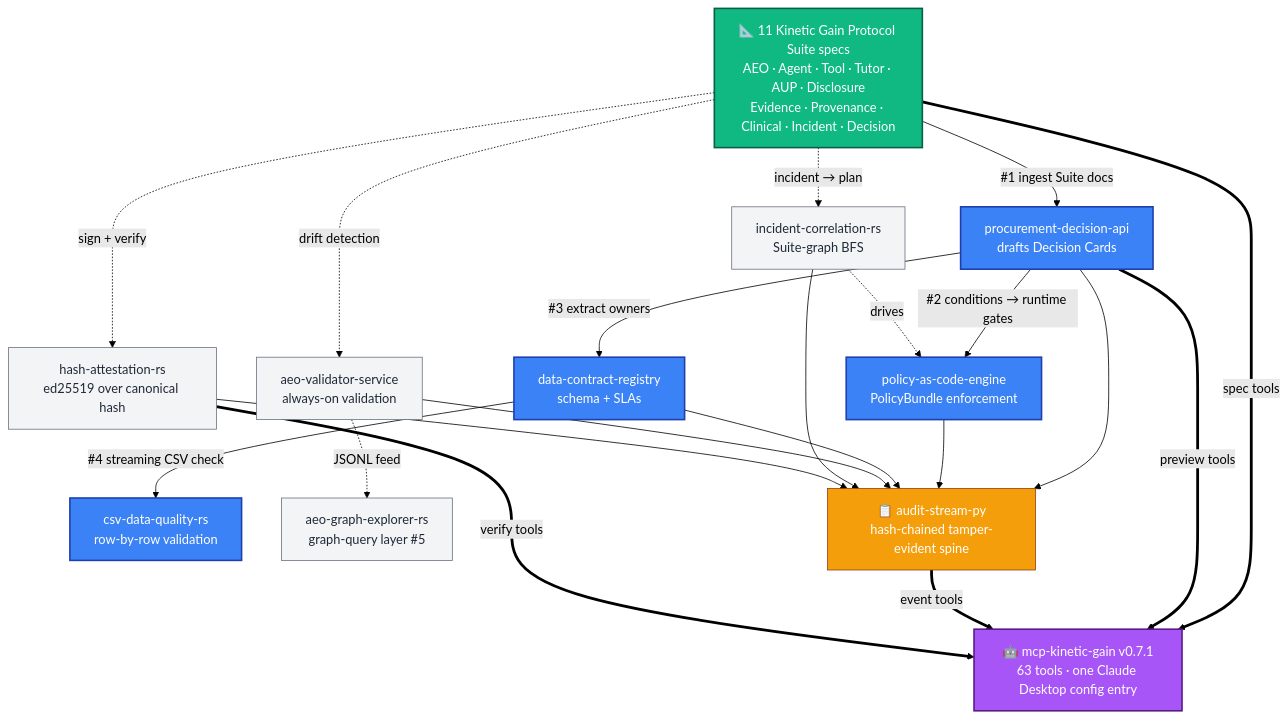
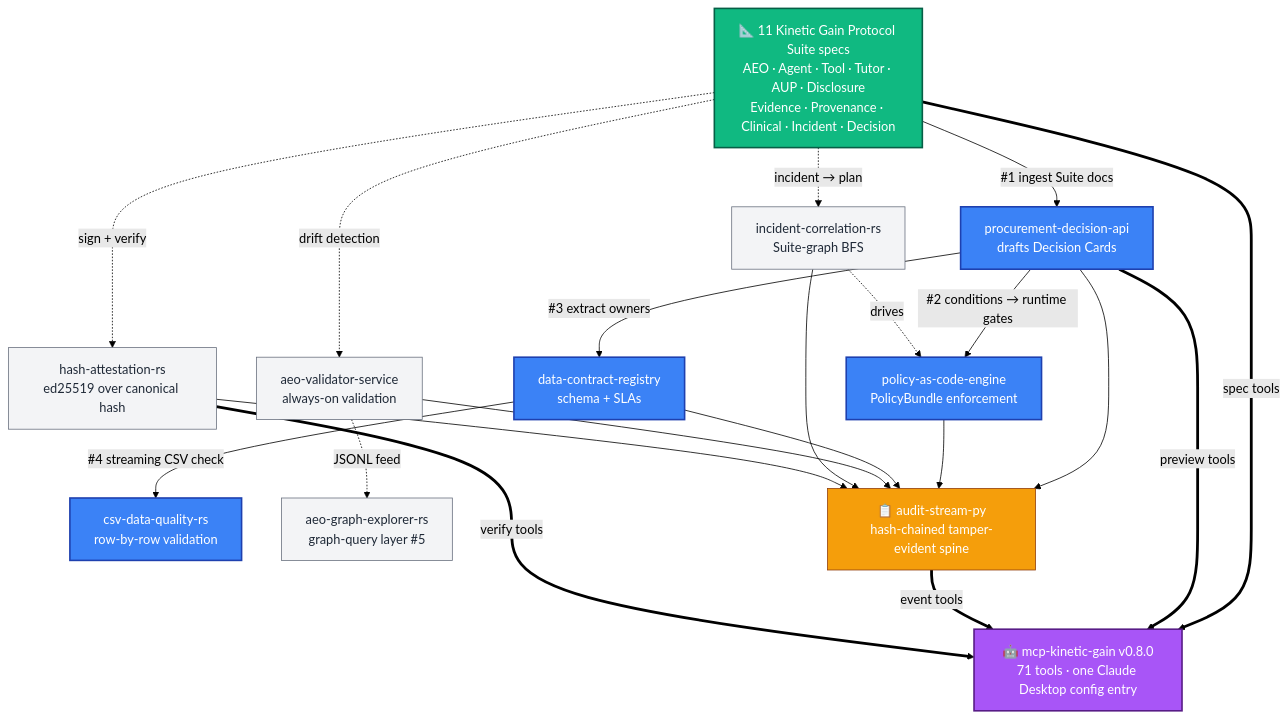
Before and after one commit to mizcausevic-dev/mizcausevic-dev: the first of 2 diagrams in README.md, drawn with Mermaid (forest theme). The commit also changed other lines of this file, not shown here.

Commit message:
docs: refresh MCP block to v0.8.0 / 71 tools (DefenseTech 6-pack)
mcp-kinetic-gain v0.7.1 → v0.8.0 on npm + MCP Registry, 63 → 71 tools.
The v0.8.0 release adds the DefenseTech 6-pack (3-axis vault resolver +
CUI/ITAR/DFARS invariants + CMMC summarizer + Incident Card classifier).
Updated the architecture diagram node label + the repo-table row with
`defensetech_vault_resolve_3axis` as the third headline tool.

````diff
--- a/README.md
+++ b/README.md
@@ -276,35 +276,35 @@
 ```mermaid
 flowchart TB
     classDef spec fill:#10b981,stroke:#065f46,color:#fff,stroke-width:2px
     classDef hook fill:#3b82f6,stroke:#1e40af,color:#fff,stroke-width:2px
     classDef sup fill:#f3f4f6,stroke:#6b7280,color:#1f2937
     classDef stream fill:#f59e0b,stroke:#92400e,color:#fff
     classDef mcp fill:#a855f7,stroke:#581c87,color:#fff,stroke-width:2px
 
     SPECS["📐 11 Kinetic Gain Protocol Suite specs<br/>AEO · Agent · Tool · Tutor · AUP · Disclosure<br/>Evidence · Provenance · Clinical · Incident · Decision"]:::spec
 
     SPECS -->|"#1 ingest Suite docs"| PDA["procurement-decision-api<br/>drafts Decision Cards"]:::hook
     PDA -->|"#2 conditions → runtime gates"| PAC["policy-as-code-engine<br/>PolicyBundle enforcement"]:::hook
     PDA -->|"#3 extract owners"| DCR["data-contract-registry<br/>schema + SLAs"]:::hook
     DCR -->|"#4 streaming CSV check"| CDQ["csv-data-quality-rs<br/>row-by-row validation"]:::hook
 
     SPECS -.->|sign + verify| HA["hash-attestation-rs<br/>ed25519 over canonical hash"]:::sup
     SPECS -.->|drift detection| AVS["aeo-validator-service<br/>always-on validation"]:::sup
     AVS -.->|JSONL feed| AGE["aeo-graph-explorer-rs<br/>graph-query layer #5"]:::sup
     SPECS -.->|incident → plan| ICR["incident-correlation-rs<br/>Suite-graph BFS"]:::sup
     ICR -.->|drives| PAC
 
     PDA --> AS
     PAC --> AS
     DCR --> AS
     AVS --> AS
     ICR --> AS
     HA --> AS
     AS["📋 audit-stream-py<br/>hash-chained tamper-evident spine"]:::stream
 
     SPECS ==>|spec tools| MCP
     PDA ==>|preview tools| MCP
     AS ==>|event tools| MCP
     HA ==>|verify tools| MCP
-    MCP["🤖 mcp-kinetic-gain v0.7.1<br/>63 tools · one Claude Desktop config entry"]:::mcp
+    MCP["🤖 mcp-kinetic-gain v0.8.0<br/>71 tools · one Claude Desktop config entry"]:::mcp
 ```
````
